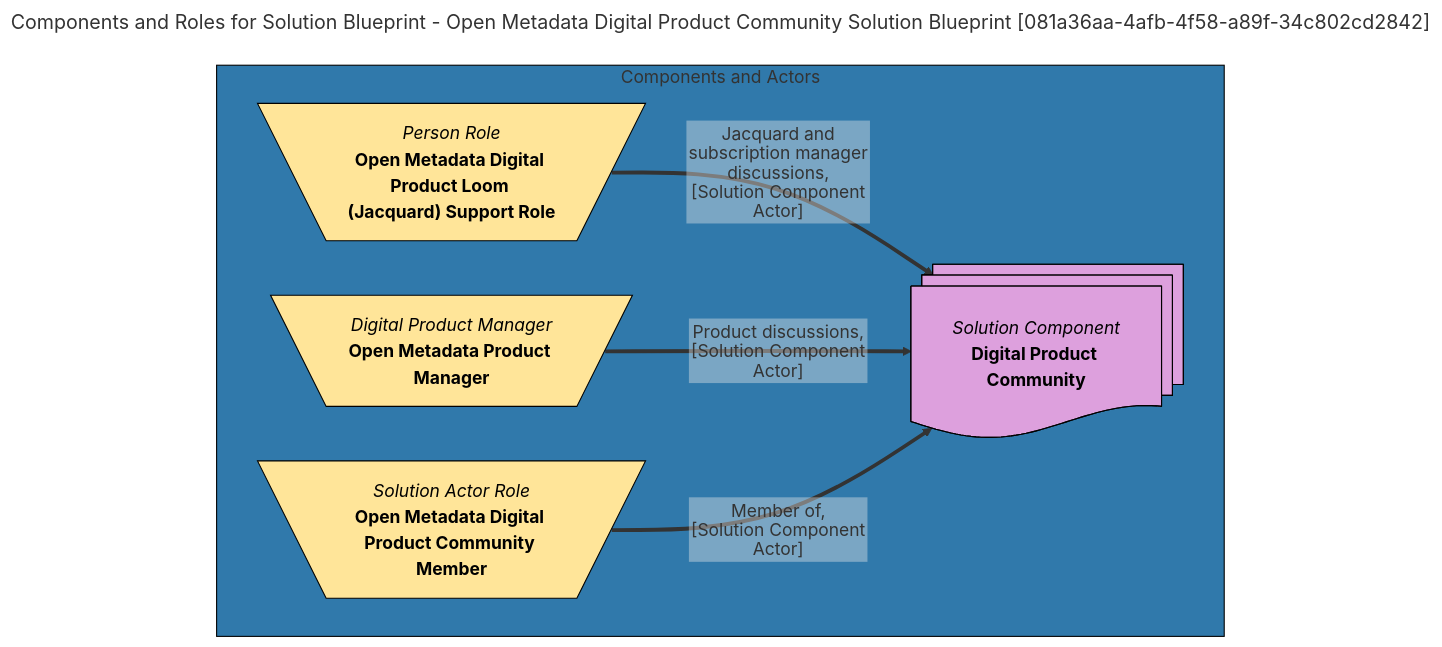
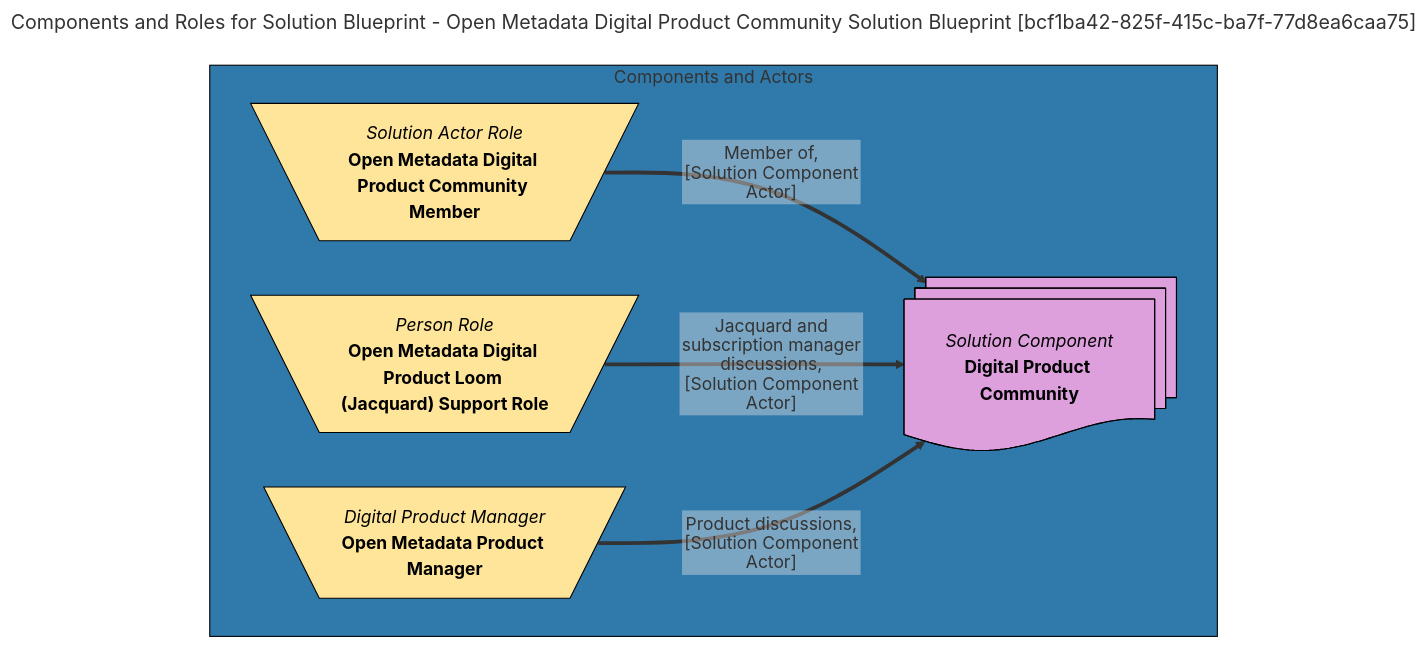
The diagram in site/snippets/blueprints/digital-products/open-metadata-digital-product-community-solution-blueprint-solution-blueprint-mermaid-graph.md (odpi/egeria-docs), drawn with Mermaid before and after one commit. The commit also changed 2201 other files, not shown here.

````diff
--- a/site/snippets/blueprints/digital-products/open-metadata-digital-product-community-solution-blueprint-solution-blueprint-mermaid-graph.md
+++ b/site/snippets/blueprints/digital-products/open-metadata-digital-product-community-solution-blueprint-solution-blueprint-mermaid-graph.md
@@ -1,29 +1,29 @@
 ```mermaid
 ---
-title: Components and Roles for Solution Blueprint - Open Metadata Digital Product Community Solution Blueprint [081a36aa-4afb-4f58-a89f-34c802cd2842]
+title: Components and Roles for Solution Blueprint - Open Metadata Digital Product Community Solution Blueprint [bcf1ba42-825f-415c-ba7f-77d8ea6caa75]
 ---
 flowchart TD
 %%{init: {"flowchart": {"htmlLabels": false}} }%%
 
 subgraph 1 [Components and Actors]
 2@{ shape: docs, label: "*Solution Component*
 **Digital Product Community**"}
-3@{ shape: trap-t, label: "*Person Role*
+3@{ shape: trap-t, label: "*Solution Actor Role*
+**Open Metadata Digital Product Community Member**"}
+3==>|"Member of,
+[Solution Component Actor]"|2
+4@{ shape: trap-t, label: "*Person Role*
 **Open Metadata Digital Product Loom (Jacquard) Support Role**"}
-3==>|"Jacquard and subscription manager discussions,
+4==>|"Jacquard and subscription manager discussions,
 [Solution Component Actor]"|2
-4@{ shape: trap-t, label: "*Digital Product Manager*
+5@{ shape: trap-t, label: "*Digital Product Manager*
 **Open Metadata Product Manager**"}
-4==>|"Product discussions,
-[Solution Component Actor]"|2
-5@{ shape: trap-t, label: "*Solution Actor Role*
-**Open Metadata Digital Product Community Member**"}
-5==>|"Member of,
+5==>|"Product discussions,
 [Solution Component Actor]"|2
 end
 style 1 color:#FFFFFF, fill:#3079ab, stroke:#000000
-style 2 color:#000000, fill:#dda0dd, stroke:#000000
+style 2 color:#000000, fill:#DDA0DD, stroke:#000000
 style 3 color:#000000, fill:#FFE599, stroke:#000000
 style 4 color:#000000, fill:#FFE599, stroke:#000000
 style 5 color:#000000, fill:#FFE599, stroke:#000000
 ```
````
